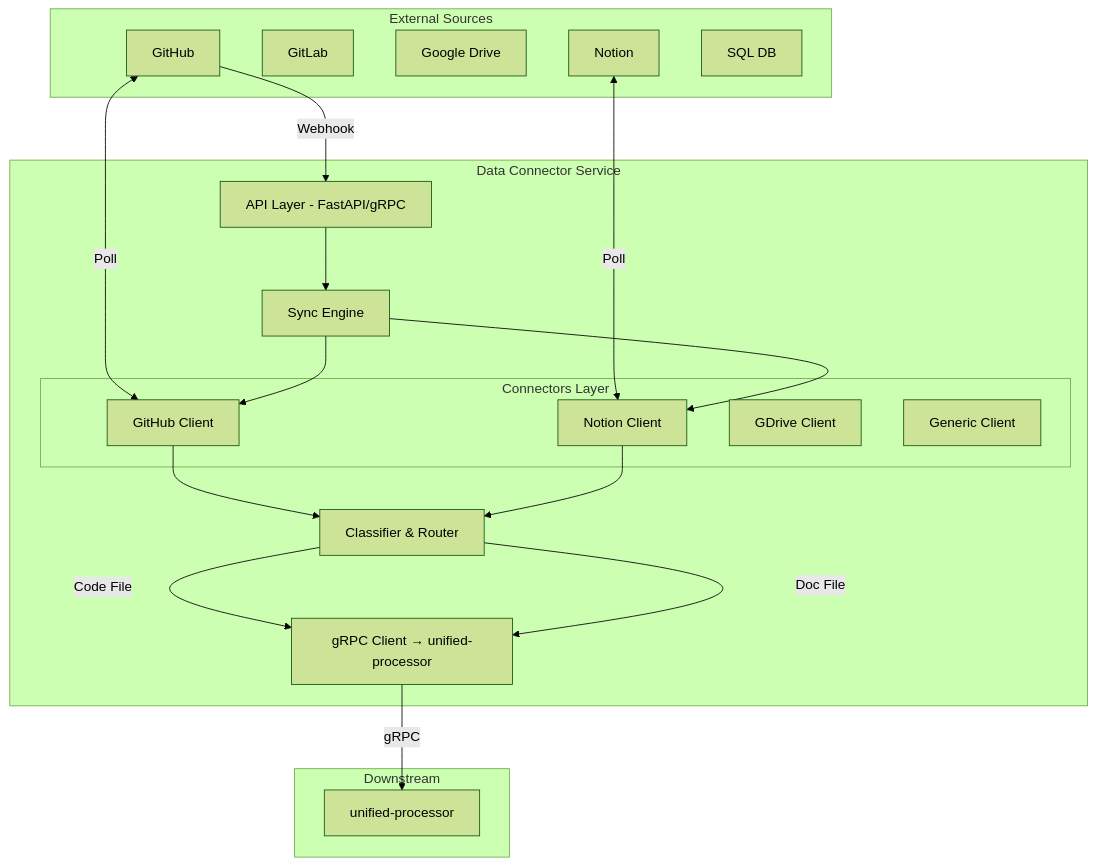
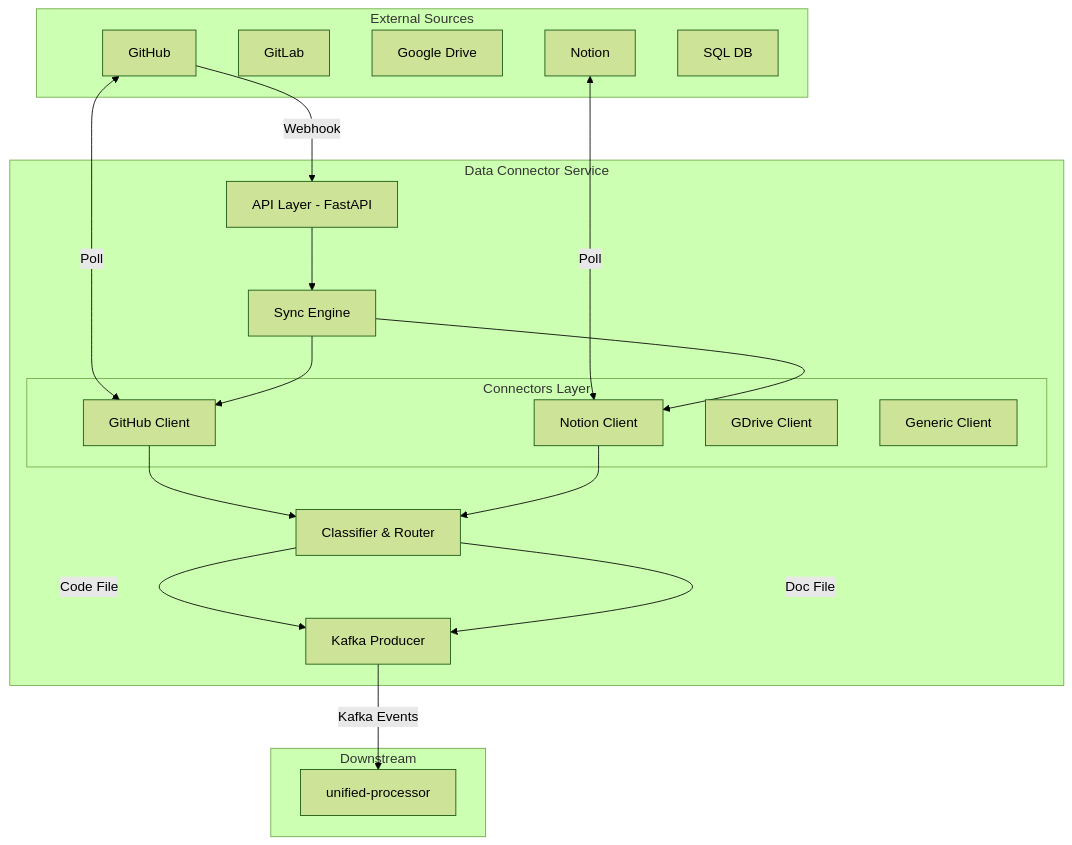
The diagram in docs/architecture.md (KogSector/repo-data-con), drawn with Mermaid (forest theme) before and after one commit. The commit also changed other lines of this file and 9 other files, not shown here.

````diff
--- a/docs/architecture.md
+++ b/docs/architecture.md
@@ -7,45 +7,45 @@
 ```mermaid
 graph TD
     subgraph "External Sources"
         GH[GitHub]
         GL[GitLab]
         GD[Google Drive]
         NT[Notion]
         DB[SQL DB]
     end
 
     subgraph "Data Connector Service"
-        API[API Layer - FastAPI/gRPC]
+        API[API Layer - FastAPI]
         Sync[Sync Engine]
         
         subgraph "Connectors Layer"
             GHC[GitHub Client]
             NTC[Notion Client]
             GDC[GDrive Client]
             Generic[Generic Client]
         end
         
         Classify[Classifier & Router]
-        GRPC[gRPC Client → unified-processor]
+        KAFKA[Kafka Producer]
     end
 
     subgraph "Downstream"
         UP[unified-processor]
     end
 
     GH -->|Webhook| API
     GH <-->|Poll| GHC
     NT <-->|Poll| NTC
     
     API --> Sync
     Sync --> GHC
     Sync --> NTC
     
     GHC --> Classify
     NTC --> Classify
     
-    Classify -->|Code File| GRPC
-    Classify -->|Doc File| GRPC
+    Classify -->|Code File| KAFKA
+    Classify -->|Doc File| KAFKA
     
-    GRPC -->|gRPC| UP
+    KAFKA -->|Kafka Events| UP
 ```
````
